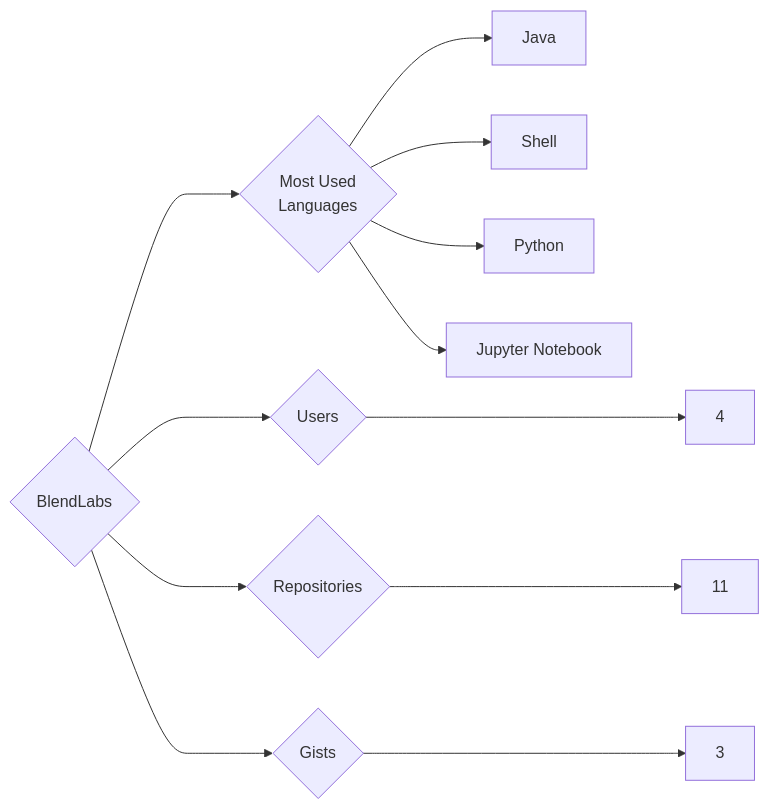
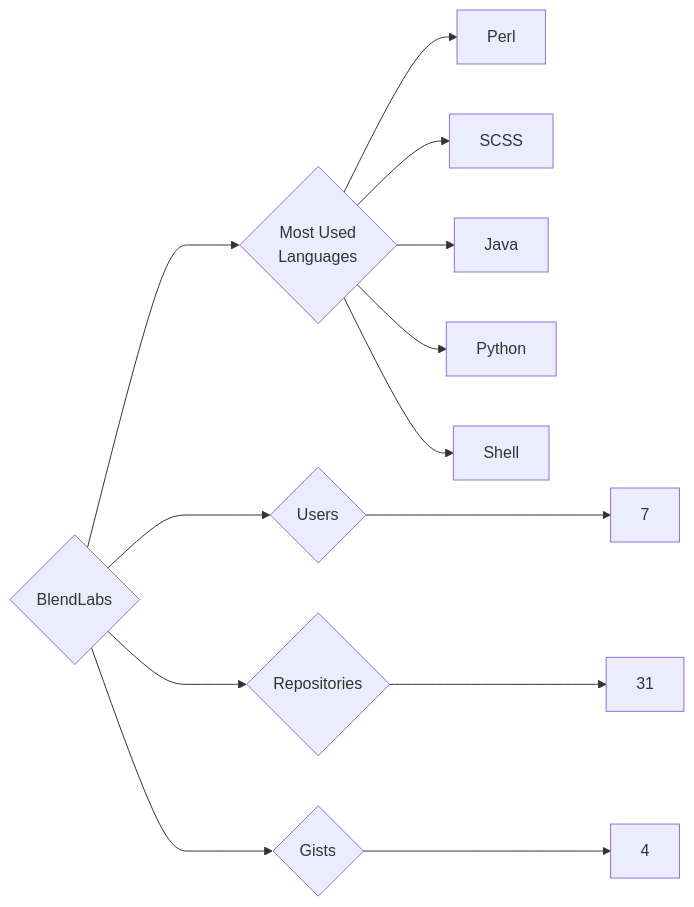
One commit to trickest/insiders changed the diagram in targets/BlendLabs/README.md. Above: the diagram before and after it, drawn with Mermaid. The commit also changed 857 other files, not shown here.

````diff
--- a/targets/BlendLabs/README.md
+++ b/targets/BlendLabs/README.md
@@ -3,12 +3,13 @@
 ```mermaid
 graph LR
 COMPANY_NAME{BlendLabs}
-COMPANY_NAME ---> U{Users} ---> UN[4]
-COMPANY_NAME ---> R{Repositories} ---> RN[11]
-COMPANY_NAME ---> G{Gists} ---> GN[3]
+COMPANY_NAME ---> U{Users} ---> UN[7]
+COMPANY_NAME ---> R{Repositories} ---> RN[31]
+COMPANY_NAME ---> G{Gists} ---> GN[4]
 COMPANY_NAME ---> ML{Most Used<br>Languages}
+ML --> Perl[Perl]
+ML --> SCSS[SCSS]
 ML --> Java[Java]
+ML --> Python[Python]
 ML --> Shell[Shell]
-ML --> Python[Python]
-ML --> Jupyter_Notebook[Jupyter Notebook]
 ```
````
